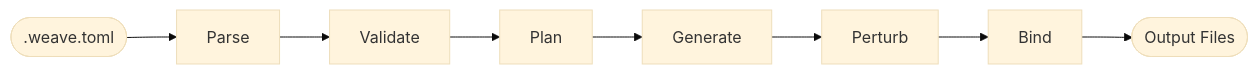
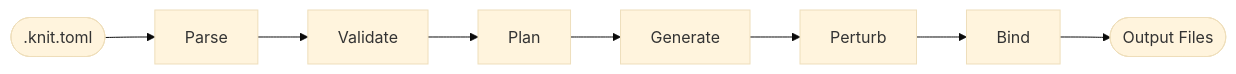
Before and after one commit to Yaming-Hub/knit: the third of 9 diagrams in docs/architecture.md, drawn with Mermaid (base theme). The commit also changed other lines of this file and 99 other files, not shown here.

First line of the commit message:
refactor: rename 'schema' to 'blueprint' throughout codebase (#235)

````diff
--- a/docs/architecture.md
+++ b/docs/architecture.md
@@ -72,10 +72,10 @@
 ```mermaid
 flowchart LR
-    schema([.weave.toml]) --> parse[Parse]
+    blueprint([.knit.toml]) --> parse[Parse]
     parse --> validate[Validate]
     validate --> plan[Plan]
     plan --> gen[Generate]
     gen --> perturb[Perturb]
     perturb --> bind[Bind]
     bind --> output([Output Files])
 ```
````
